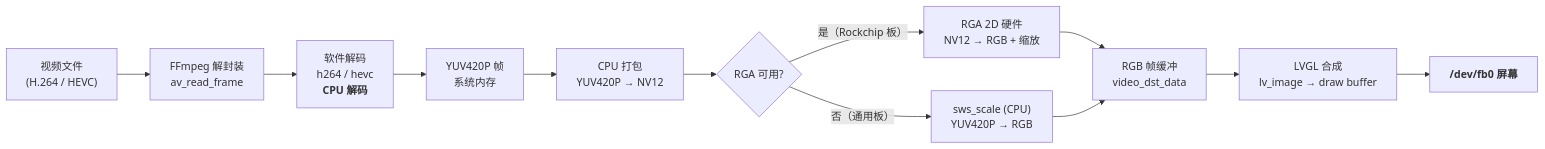
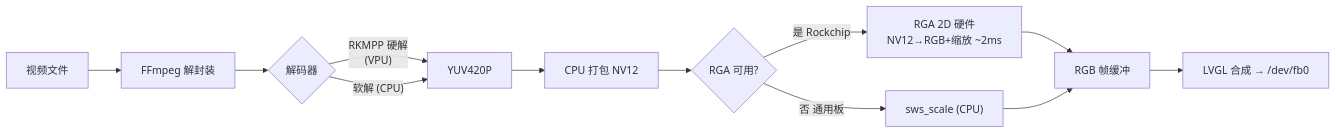
One commit to ZhangKeLiang0627/lvgl-video-player-demo changed the diagram in README.md. Above: the diagram before and after it, drawn with Mermaid. The commit also changed other lines of this file, not shown here.

````diff
--- a/README.md
+++ b/README.md
@@ -60,14 +37,14 @@
 ```mermaid
 flowchart LR
-    A["视频文件<br/>(H.264 / HEVC)"] --> B["FFmpeg 解封装<br/>av_read_frame"]
-    B --> C["软件解码<br/>h264 / hevc<br/><b>CPU 解码</b>"]
-    C --> D["YUV420P 帧<br/>系统内存"]
-    D --> E["CPU 打包<br/>YUV420P → NV12"]
+    A["视频文件"] --> B["FFmpeg 解封装"]
+    B --> C{"解码器"}
+    C -->|"RKMPP 硬解<br/>(VPU)"| D["YUV420P"]
+    C -->|"软解 (CPU)"| D
+    D --> E["CPU 打包 NV12"]
     E --> F{"RGA 可用?"}
-    F -- "是（Rockchip 板）" --> G["RGA 2D 硬件<br/>NV12 → RGB + 缩放"]
-    F -- "否（通用板）" --> H["sws_scale (CPU)<br/>YUV420P → RGB"]
-    G --> I["RGB 帧缓冲<br/>video_dst_data"]
+    F -->|"是 Rockchip"| G["RGA 2D 硬件<br/>NV12→RGB+缩放 ~2ms"]
+    F -->|"否 通用板"| H["sws_scale (CPU)"]
+    G --> I["RGB 帧缓冲"]
     H --> I
-    I --> J["LVGL 合成<br/>lv_image → draw buffer"]
-    J --> K["<b>/dev/fb0 屏幕</b>"]
+    I --> J["LVGL 合成 → /dev/fb0"]
 ```
````
